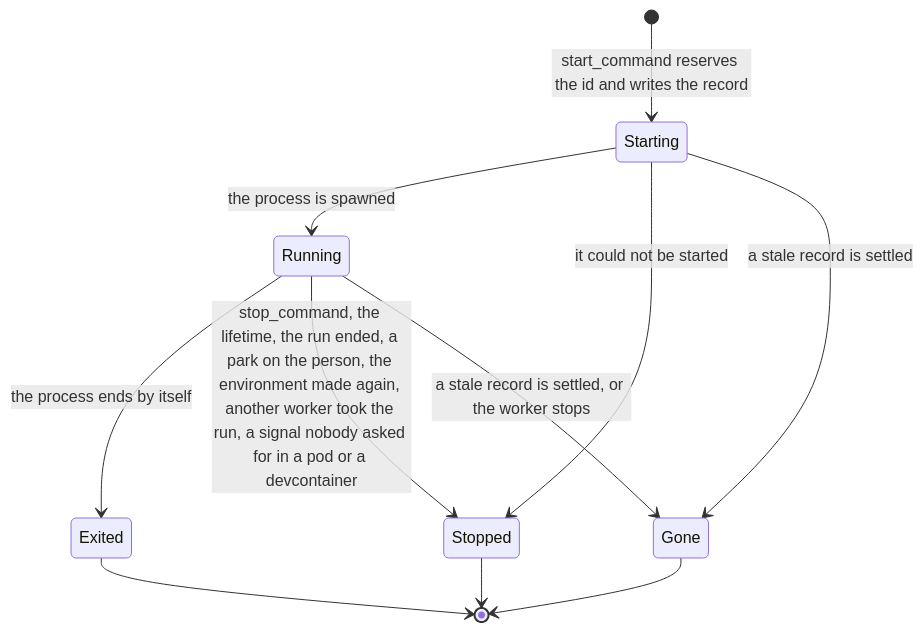
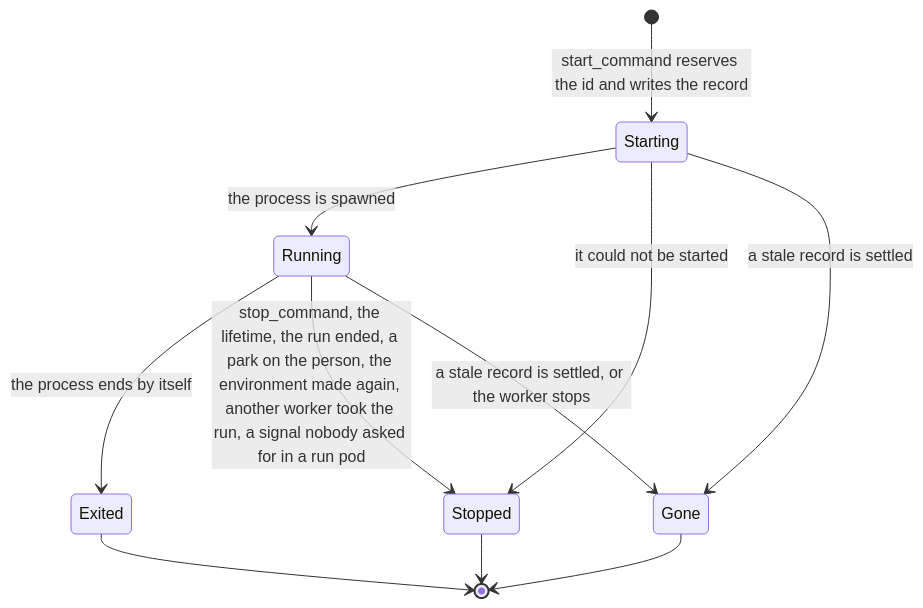
Before and after one commit to vymalo/another-adam-rs: the fourth of 7 diagrams in docs/reference/coder-agent.md, drawn with Mermaid. The commit also changed other lines of this file and 91 other files, not shown here.

````diff
--- a/docs/reference/coder-agent.md
+++ b/docs/reference/coder-agent.md
@@ -311,13 +311,13 @@
 ```mermaid
 stateDiagram-v2
     [*] --> Starting: start_command reserves the id and writes the record
     Starting --> Running: the process is spawned
     Starting --> Stopped: it could not be started
     Starting --> Gone: a stale record is settled
     Running --> Exited: the process ends by itself
-    Running --> Stopped: stop_command, the lifetime, the run ended, a park on the person, the environment made again, another worker took the run, a signal nobody asked for in a pod or a devcontainer
+    Running --> Stopped: stop_command, the lifetime, the run ended, a park on the person, the environment made again, another worker took the run, a signal nobody asked for in a run pod
     Running --> Gone: a stale record is settled, or the worker stops
     Exited --> [*]
     Stopped --> [*]
     Gone --> [*]
 ```
````
